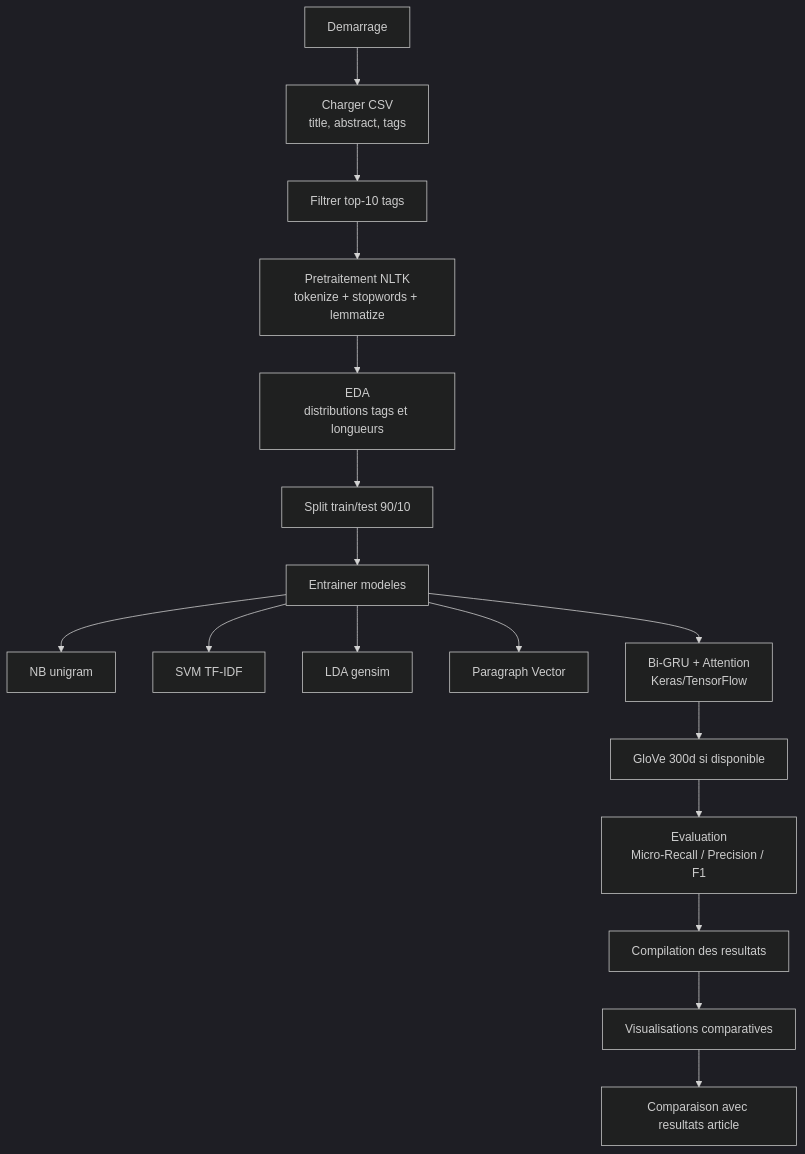
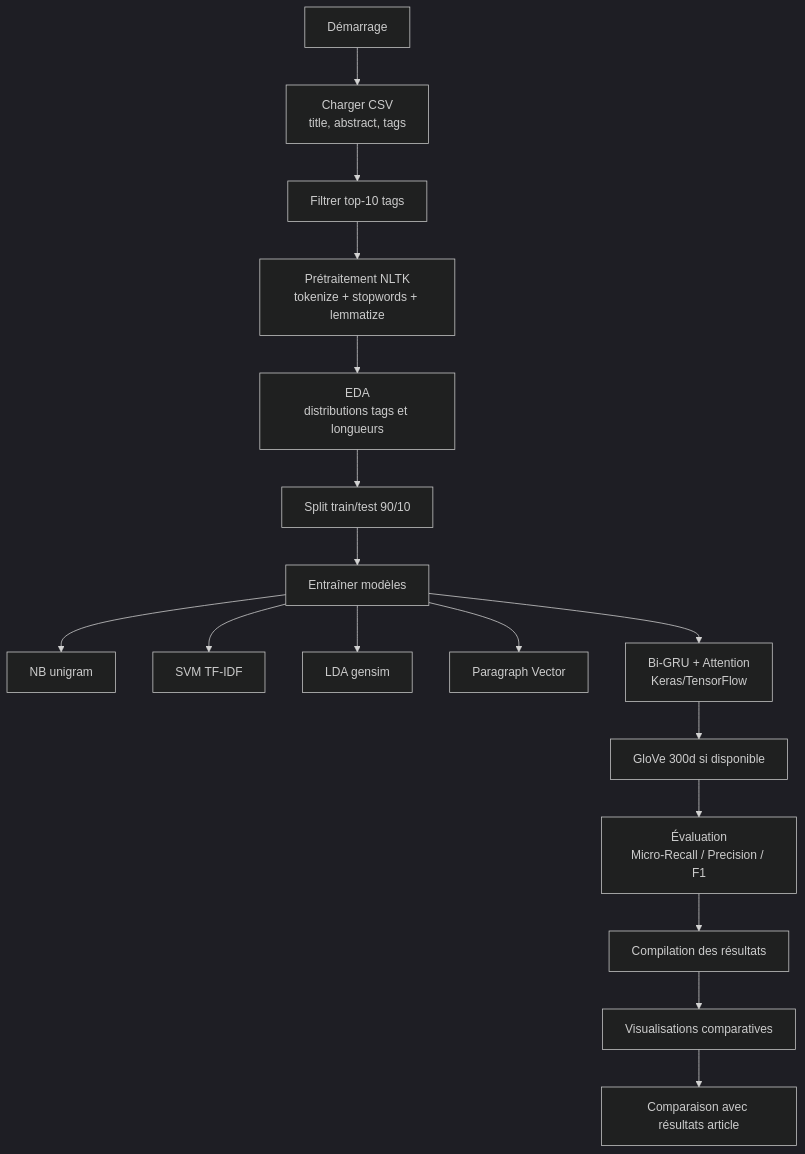
The diagram in README.md (WebSemantic-Projet-n-1/projet_session), drawn with Mermaid (dark theme) before and after one commit. The commit also changed other lines of this file, not shown here.

````diff
--- a/README.md
+++ b/README.md
@@ -91,19 +114,19 @@
 ```mermaid
 flowchart TD
-    A[Demarrage] --> B[Charger CSV<br/>title, abstract, tags]
+    A[Démarrage] --> B[Charger CSV<br/>title, abstract, tags]
     B --> C[Filtrer top-10 tags]
-    C --> D[Pretraitement NLTK<br/>tokenize + stopwords + lemmatize]
+    C --> D[Prétraitement NLTK<br/>tokenize + stopwords + lemmatize]
     D --> E[EDA<br/>distributions tags et longueurs]
     E --> F[Split train/test 90/10]
-    F --> G[Entrainer modeles]
+    F --> G[Entraîner modèles]
     G --> G1[NB unigram]
     G --> G2[SVM TF-IDF]
     G --> G3[LDA gensim]
     G --> G4[Paragraph Vector]
     G --> G5[Bi-GRU + Attention<br/>Keras/TensorFlow]
     G5 --> H[GloVe 300d si disponible]
-    H --> I[Evaluation<br/>Micro-Recall / Precision / F1]
-    I --> J[Compilation des resultats]
+    H --> I[Évaluation<br/>Micro-Recall / Precision / F1]
+    I --> J[Compilation des résultats]
     J --> K[Visualisations comparatives]
-    K --> L[Comparaison avec resultats article]
+    K --> L[Comparaison avec résultats article]
 ```
````
